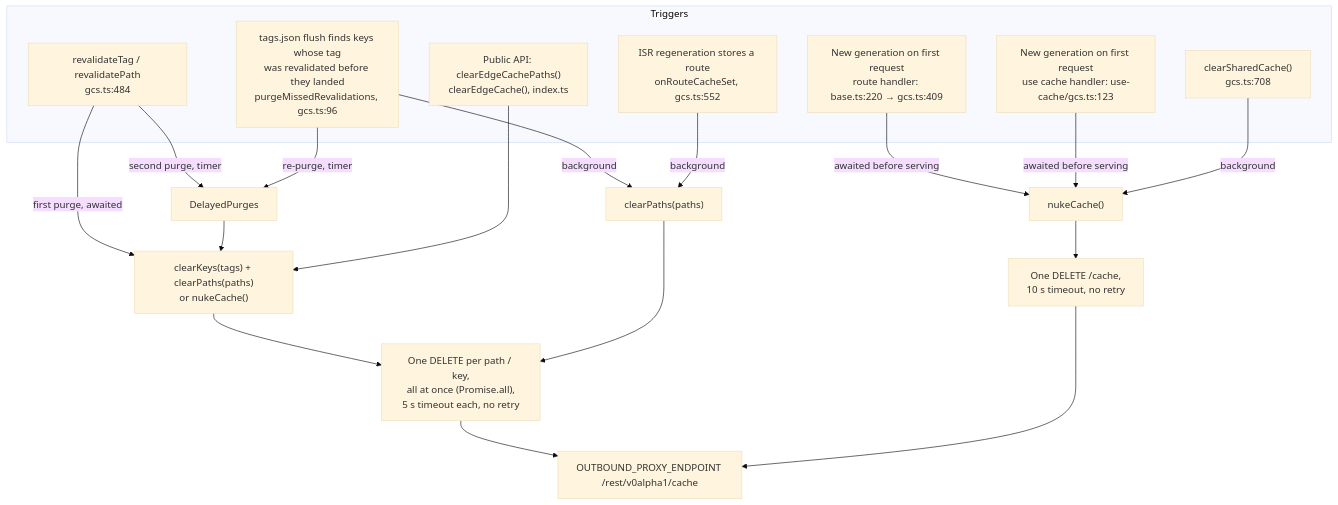
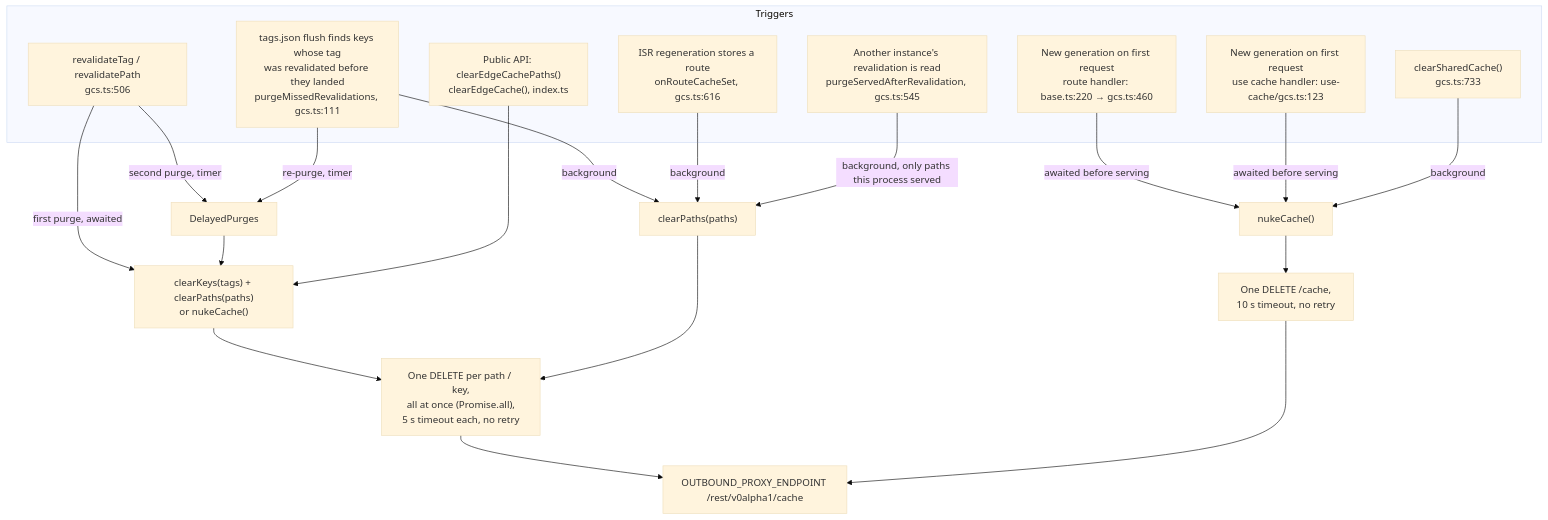
The fourth of 5 diagrams in ARCHITECTURE.md (pantheon-systems/nextjs-cache-handler), drawn with Mermaid (base theme) before and after one commit. The commit also changed other lines of this file, not shown here.

````diff
--- a/ARCHITECTURE.md
+++ b/ARCHITECTURE.md
@@ -145,29 +176,31 @@
 ```mermaid
 flowchart TB
   subgraph triggers["Triggers"]
-    t1["revalidateTag / revalidatePath<br/>gcs.ts:484"]
-    t2["ISR regeneration stores a route<br/>onRouteCacheSet, gcs.ts:552"]
-    t3["tags.json flush finds keys whose tag<br/>was revalidated before they landed<br/>purgeMissedRevalidations, gcs.ts:96"]
-    t4["New generation on first request<br/>route handler: base.ts:220 → gcs.ts:409"]
+    t1["revalidateTag / revalidatePath<br/>gcs.ts:506"]
+    t2["ISR regeneration stores a route<br/>onRouteCacheSet, gcs.ts:616"]
+    t3["tags.json flush finds keys whose tag<br/>was revalidated before they landed<br/>purgeMissedRevalidations, gcs.ts:111"]
+    t4["New generation on first request<br/>route handler: base.ts:220 → gcs.ts:460"]
     t5["New generation on first request<br/>use cache handler: use-cache/gcs.ts:123"]
-    t6["clearSharedCache()<br/>gcs.ts:708"]
+    t6["clearSharedCache()<br/>gcs.ts:733"]
+    t8["Another instance's revalidation is read<br/>purgeServedAfterRevalidation, gcs.ts:545"]
     t7["Public API: clearEdgeCachePaths()<br/>clearEdgeCache(), index.ts"]
   end
 
   t1 -- "first purge, awaited" --> keysPaths["clearKeys(tags) + clearPaths(paths)<br/>or nukeCache()"]
   t1 -- "second purge, timer" --> dp[DelayedPurges]
   t3 -- "background" --> paths1["clearPaths(paths)"]
   t3 -- "re-purge, timer" --> dp
   dp --> keysPaths
   t2 -- "background" --> paths1
   t4 -- "awaited before serving" --> nuke["nukeCache()"]
   t5 -- "awaited before serving" --> nuke
   t6 -- "background" --> nuke
   t7 --> keysPaths
+  t8 -- "background, only paths this process served" --> paths1
 
   keysPaths --> fan["One DELETE per path / key,<br/>all at once (Promise.all),<br/>5 s timeout each, no retry"]
   paths1 --> fan
   nuke --> one["One DELETE /cache,<br/>10 s timeout, no retry"]
   fan --> proxy[OUTBOUND_PROXY_ENDPOINT /rest/v0alpha1/cache]
   one --> proxy
 ```
````
